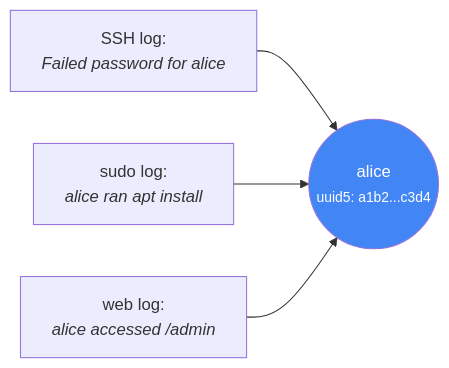
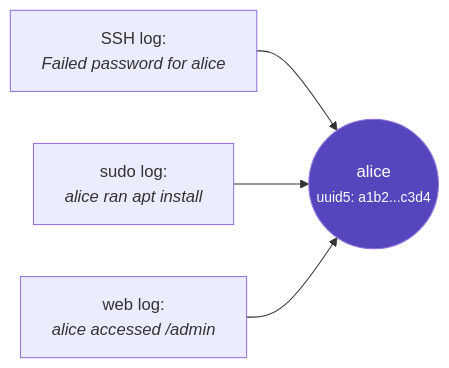
The first of 3 diagrams in docs/entity-graph/construction.md (seerflow/seerflow-guide), drawn with Mermaid before and after one commit. The commit also changed 9 other files, not shown here.

First line of the commit message:
fix(brand): recolor mermaid diagrams to brand palette

````diff
--- a/docs/entity-graph/construction.md
+++ b/docs/entity-graph/construction.md
@@ -46,7 +46,7 @@
 ```mermaid
 graph LR
     SSH["SSH log:<br/><i>Failed password for alice</i>"] --> N((alice<br/><small>uuid5: a1b2...c3d4</small>))
     SUDO["sudo log:<br/><i>alice ran apt install</i>"] --> N
     WEB["web log:<br/><i>alice accessed /admin</i>"] --> N
-    style N fill:#4285f4,color:#fff
+    style N fill:#5546bd,color:#fff
 ```
````
